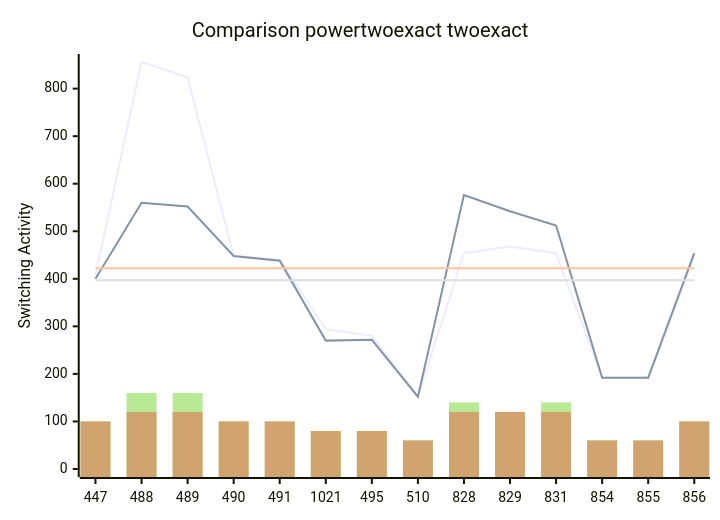
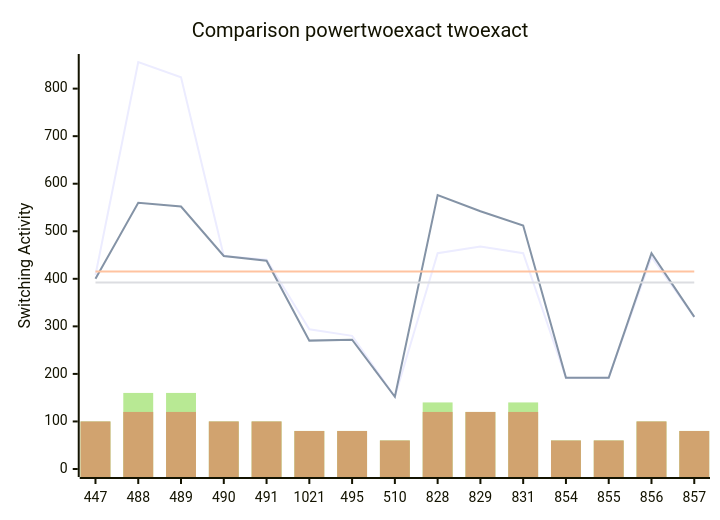
One commit to FeldmeierMichael/Exact-Power-Synthesis changed the diagram in benchmark_opt2.md. Above: the diagram before and after it, drawn with Mermaid. The commit also changed other lines of this file, not shown here.

````diff
--- a/benchmark_opt2.md
+++ b/benchmark_opt2.md
@@ -29,12 +31,12 @@
 ```mermaid
 xychart-beta
     title "Comparison powertwoexact twoexact"
-    x-axis [447, 488, 489, 490, 491, 1021, 495, 510, 828, 829, 831, 854, 855, 856]
+    x-axis [447, 488, 489, 490, 491, 1021, 495, 510, 828, 829, 831, 854, 855, 856, 857]
     y-axis "Switching Activity" 0-->856
-    line [408, 856, 824, 448, 440, 294, 280, 152, 454, 468, 454, 192, 192, 446]
-    line [400, 560, 552, 448, 438, 270, 272, 152, 576, 542, 512, 192, 192, 454]
-    line [422.0, 422.0, 422.0, 422.0, 422.0, 422.0, 422.0, 422.0, 422.0, 422.0, 422.0, 422.0, 422.0, 422.0]
-    line [397.14285714285717, 397.14285714285717, 397.14285714285717, 397.14285714285717, 397.14285714285717, 397.14285714285717, 397.14285714285717, 397.14285714285717, 397.14285714285717, 397.14285714285717, 397.14285714285717, 397.14285714285717, 397.14285714285717, 397.14285714285717]
-    bar [100, 160, 160, 100, 100, 80, 80, 60, 140, 120, 140, 60, 60, 100]
-    bar [100, 120, 120, 100, 100, 80, 80, 60, 120, 120, 120, 60, 60, 100]
+    line [408, 856, 824, 448, 440, 294, 280, 152, 454, 468, 454, 192, 192, 446, 320]
+    line [400, 560, 552, 448, 438, 270, 272, 152, 576, 542, 512, 192, 192, 454, 320]
+    line [415.2, 415.2, 415.2, 415.2, 415.2, 415.2, 415.2, 415.2, 415.2, 415.2, 415.2, 415.2, 415.2, 415.2, 415.2]
+    line [392.0, 392.0, 392.0, 392.0, 392.0, 392.0, 392.0, 392.0, 392.0, 392.0, 392.0, 392.0, 392.0, 392.0, 392.0]
+    bar [100, 160, 160, 100, 100, 80, 80, 60, 140, 120, 140, 60, 60, 100, 80]
+    bar [100, 120, 120, 100, 100, 80, 80, 60, 120, 120, 120, 60, 60, 100, 80]
 ```
````
